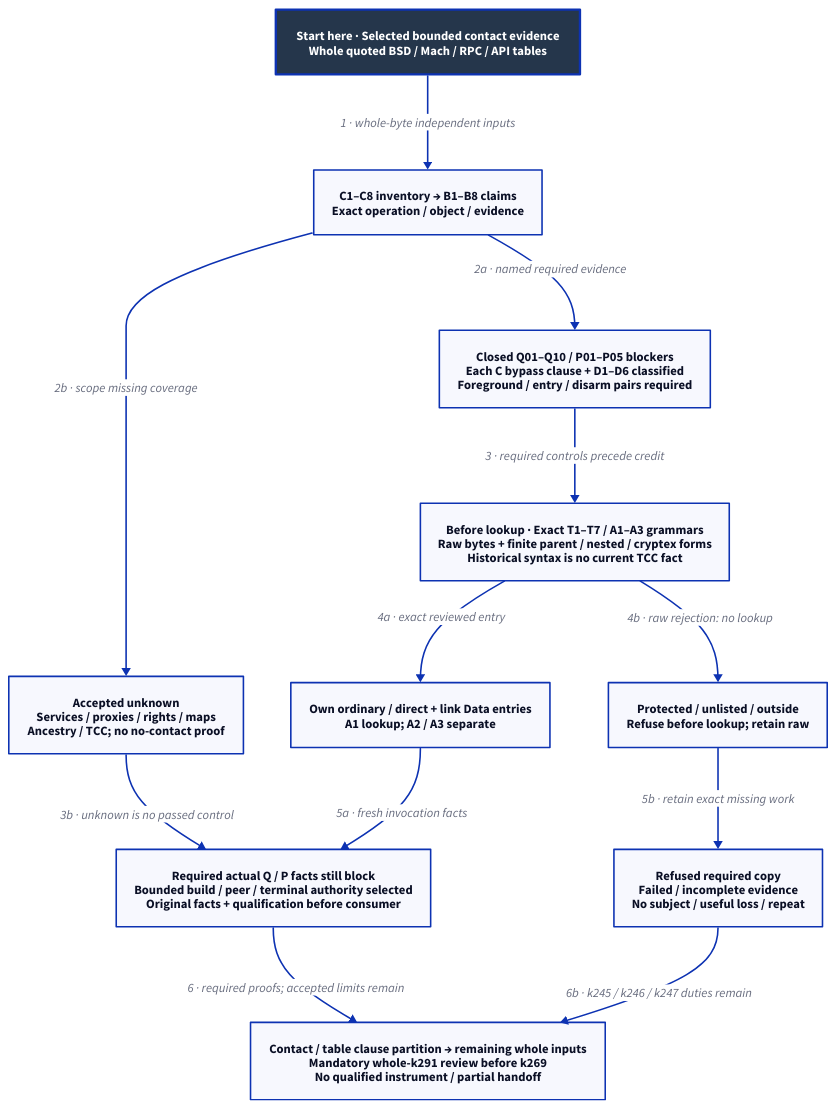
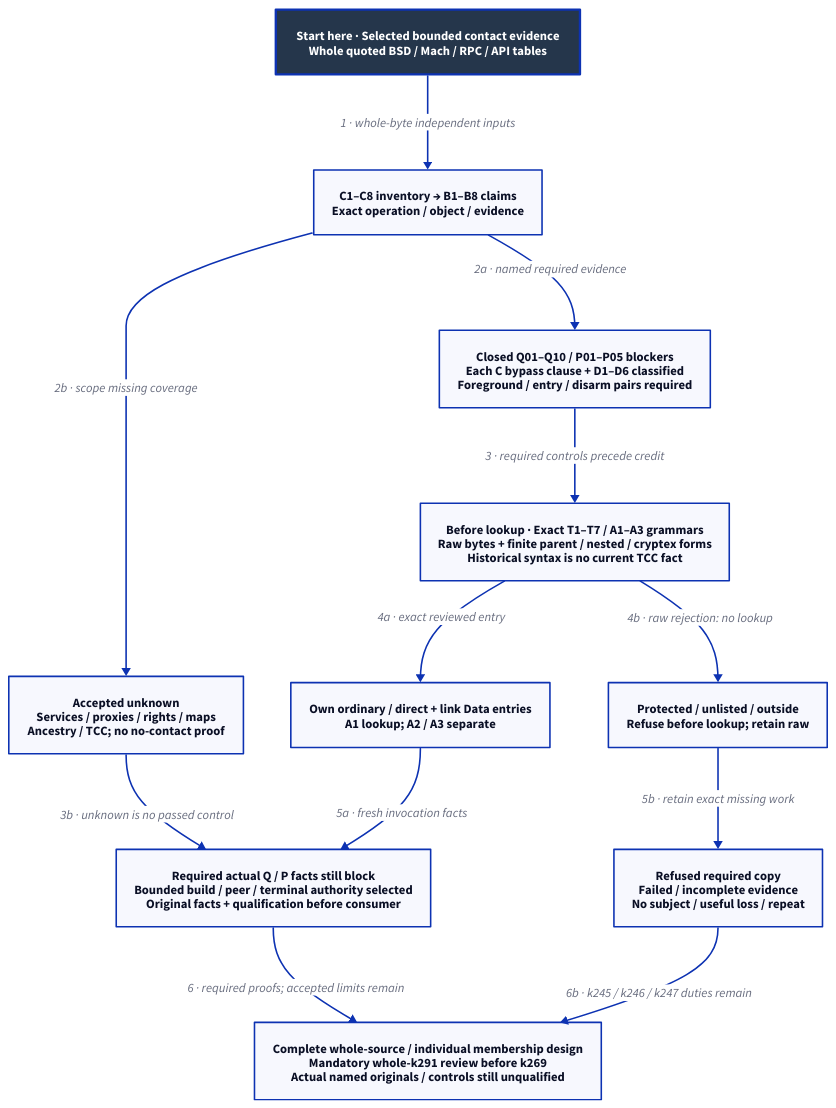
Before and after one commit to Linkuistics/Koine: the diagram in docs/design/architecture/native-reference-contact.d2, drawn with D2. The commit also changed 21 other files, not shown here.

```diff
--- a/docs/design/architecture/native-reference-contact.d2
+++ b/docs/design/architecture/native-reference-contact.d2
@@ -1,26 +1,26 @@
 # Selected bounded contact/pre-lookup design; no control or target evidence supplied.
 direction: down
 classes: {
   start: {style: {fill: "#25364B"; font-color: "#FFFFFF"; bold: true; stroke-width: 3}}
 }
 Start: "Start here · Selected bounded contact evidence\nWhole quoted BSD / Mach / RPC / API tables" {class: start}
 Claims: "C1–C8 inventory → B1–B8 claims\nExact operation / object / evidence"
 Controls: "Closed Q01–Q10 / P01–P05 blockers\nEach C bypass clause + D1–D6 classified\nForeground / entry / disarm pairs required"
 Unknown: "Accepted unknown\nServices / proxies / rights / maps\nAncestry / TCC; no no-contact proof"
 Policy: "Before lookup · Exact T1–T7 / A1–A3 grammars\nRaw bytes + finite parent / nested / cryptex forms\nHistorical syntax is no current TCC fact"
 Allowed: "Own ordinary / direct + link Data entries\nA1 lookup; A2 / A3 separate"
 Refuse: "Protected / unlisted / outside\nRefuse before lookup; retain raw"
 Gate: "Required actual Q / P facts still block\nBounded build / peer / terminal authority selected\nOriginal facts + qualification before consumer"
 Failed: "Refused required copy\nFailed / incomplete evidence\nNo subject / useful loss / repeat"
-Whole: "Contact / table clause partition → remaining whole inputs\nMandatory whole-k291 review before k269\nNo qualified instrument / partial handoff"
+Whole: "Complete whole-source / individual membership design\nMandatory whole-k291 review before k269\nActual named originals / controls still unqualified"
 Start -> Claims: "1 · whole-byte independent inputs"
 Claims -> Controls: "2a · named required evidence"
 Claims -> Unknown: "2b · scope missing coverage"
 Controls -> Policy: "3 · required controls precede credit"
 Unknown -> Gate: "3b · unknown is no passed control"
 Policy -> Allowed: "4a · exact reviewed entry"
 Policy -> Refuse: "4b · raw rejection: no lookup"
 Allowed -> Gate: "5a · fresh invocation facts"
 Refuse -> Failed: "5b · retain exact missing work"
 Gate -> Whole: "6 · required proofs; accepted limits remain"
 Failed -> Whole: "6b · k245 / k246 / k247 duties remain"
```
